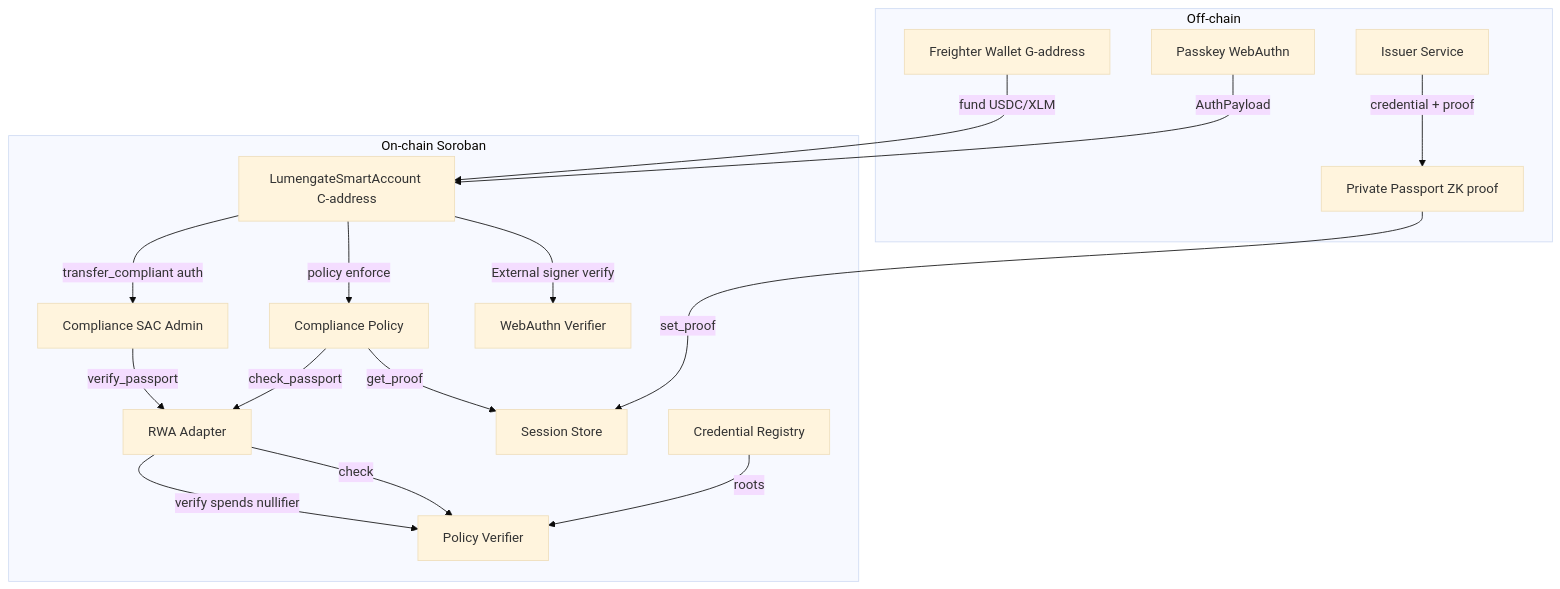
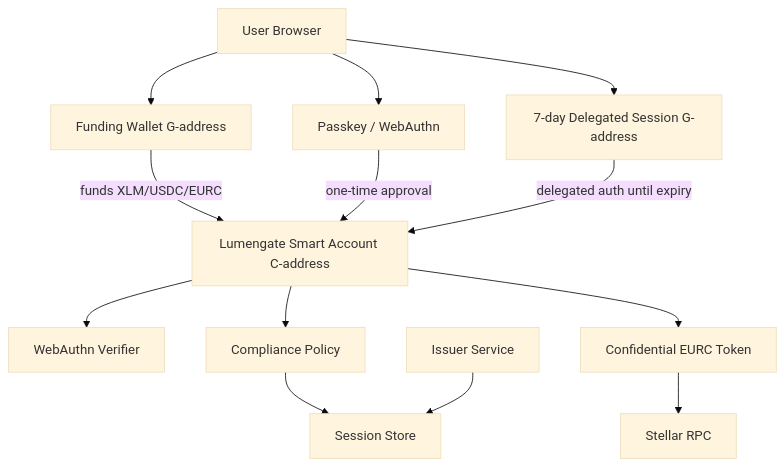
The first of 5 diagrams in docs/PASSKEY_SMART_ACCOUNT_IMPLEMENTATION_GUIDE.md (goat-dev8/Lumengate), drawn with Mermaid (base theme) before and after one commit. The commit also changed other lines of this file and 7 other files, not shown here.

First line of the commit message:
Polish first-user sync, Shield progress UX, and smart account guide.

````diff
--- a/docs/PASSKEY_SMART_ACCOUNT_IMPLEMENTATION_GUIDE.md
+++ b/docs/PASSKEY_SMART_ACCOUNT_IMPLEMENTATION_GUIDE.md
@@ -78,34 +80,27 @@
 ```mermaid
 flowchart TB
-  subgraph offchain [Off-chain]
-    W[Freighter Wallet G-address]
-    PK[Passkey WebAuthn]
-    IS[Issuer Service]
-    PP[Private Passport ZK proof]
-  end
+  User[User Browser]
+  Wallet[Funding Wallet G-address]
+  Passkey[Passkey / WebAuthn]
+  SessionKey[7-day Delegated Session G-address]
+  SA[Lumengate Smart Account C-address]
+  WebAuthn[WebAuthn Verifier]
+  Policy[Compliance Policy]
+  Store[Session Store]
+  CT[Confidential EURC Token]
+  Issuer[Issuer Service]
+  RPC[Stellar RPC]
 
-  subgraph onchain [On-chain Soroban]
-    SA[LumengateSmartAccount C-address]
-    WV[WebAuthn Verifier]
-    SS[Session Store]
-    CP[Compliance Policy]
-    RA[RWA Adapter]
-    PV[Policy Verifier]
-    CR[Credential Registry]
-    CSA[Compliance SAC Admin]
-  end
-
-  W -->|fund USDC/XLM| SA
-  PK -->|AuthPayload| SA
-  IS -->|credential + proof| PP
-  PP -->|set_proof| SS
-  SA -->|External signer verify| WV
-  SA -->|policy enforce| CP
-  CP -->|get_proof| SS
-  CP -->|check_passport| RA
-  RA -->|check| PV
-  CR -->|roots| PV
-  SA -->|transfer_compliant auth| CSA
-  CSA -->|verify_passport| RA
-  RA -->|verify spends nullifier| PV
+  User --> Wallet
+  User --> Passkey
+  User --> SessionKey
+  Wallet -->|funds XLM/USDC/EURC| SA
+  Passkey -->|one-time approval| SA
+  SessionKey -->|delegated auth until expiry| SA
+  SA --> WebAuthn
+  SA --> Policy
+  Policy --> Store
+  SA --> CT
+  Issuer --> Store
+  CT --> RPC
 ```
````
